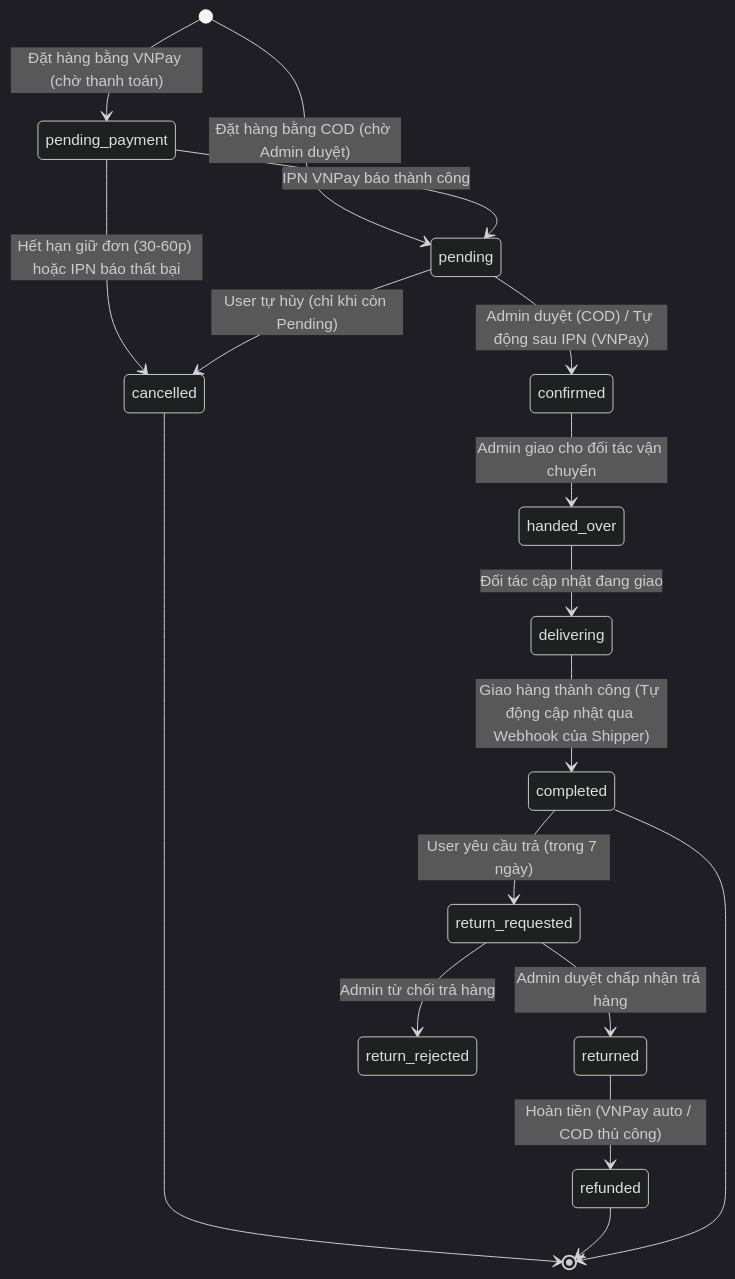
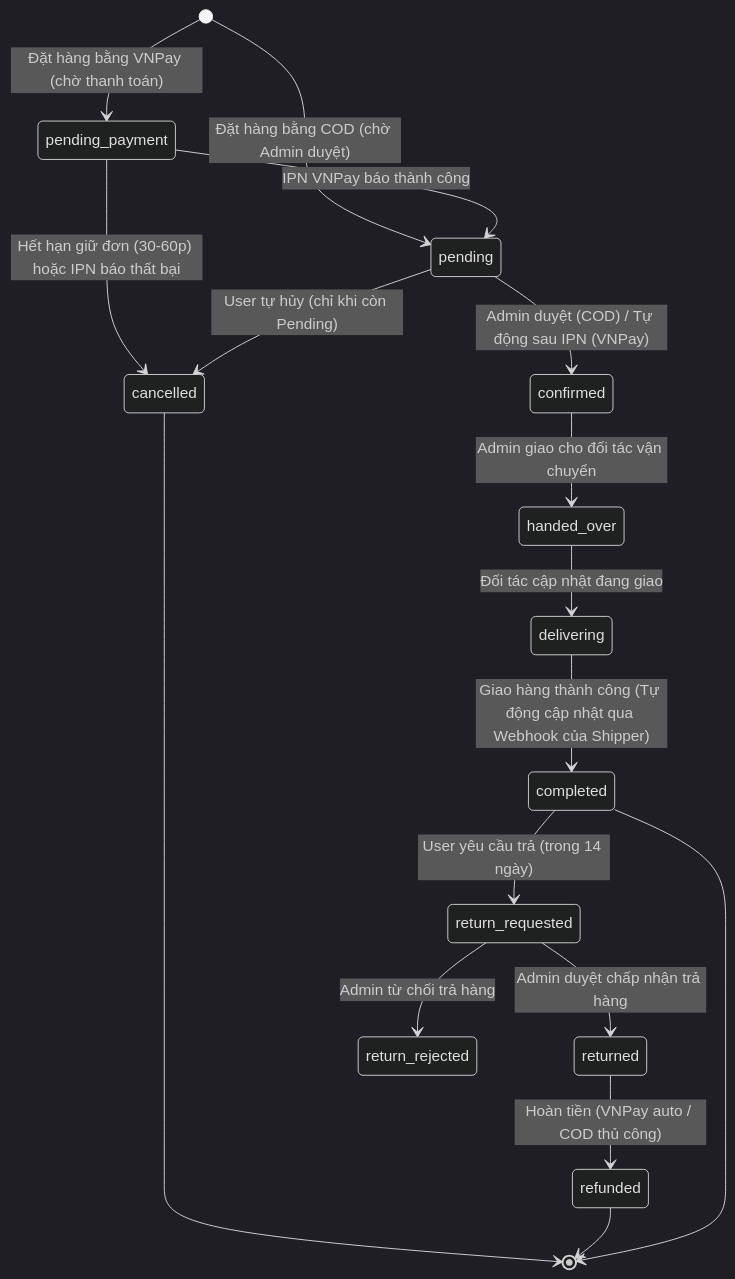
One commit to trungta897/Ecommerce-with-suggestion changed the sixth of 6 diagrams in docs/backlogs/SRS.md. Above: the diagram before and after it, drawn with Mermaid (dark theme). The commit also changed other lines of this file and 1 other file, not shown here.

Commit message:
docs(sprint5): sync SRS requirements with Prisma ORM and complete audit task 10 - Update SRS.md references from TypeORM to Prisma ORM - Correct order return window from 7 to 14 days in SRS state diagram - Update sprint5 tasks.md with task 10 completion

````diff
--- a/docs/backlogs/SRS.md
+++ b/docs/backlogs/SRS.md
@@ -257,24 +257,24 @@
 ```mermaid
 stateDiagram-v2
     [*] --> pending_payment: Đặt hàng bằng VNPay (chờ thanh toán)
     [*] --> pending: Đặt hàng bằng COD (chờ Admin duyệt)
 
     pending_payment --> pending: IPN VNPay báo thành công
     pending_payment --> cancelled: Hết hạn giữ đơn (30-60p) hoặc IPN báo thất bại
 
     pending --> confirmed: Admin duyệt (COD) / Tự động sau IPN (VNPay)
     pending --> cancelled: User tự hủy (chỉ khi còn Pending)
 
     confirmed --> handed_over: Admin giao cho đối tác vận chuyển
     handed_over --> delivering: Đối tác cập nhật đang giao
     delivering --> completed: Giao hàng thành công (Tự động cập nhật qua Webhook của Shipper)
 
-    completed --> return_requested: User yêu cầu trả (trong 7 ngày)
+    completed --> return_requested: User yêu cầu trả (trong 14 ngày)
     return_requested --> returned: Admin duyệt chấp nhận trả hàng
     return_requested --> return_rejected: Admin từ chối trả hàng
     returned --> refunded: Hoàn tiền (VNPay auto / COD thủ công)
 
     cancelled --> [*]
     refunded --> [*]
     completed --> [*]
 ```
````
